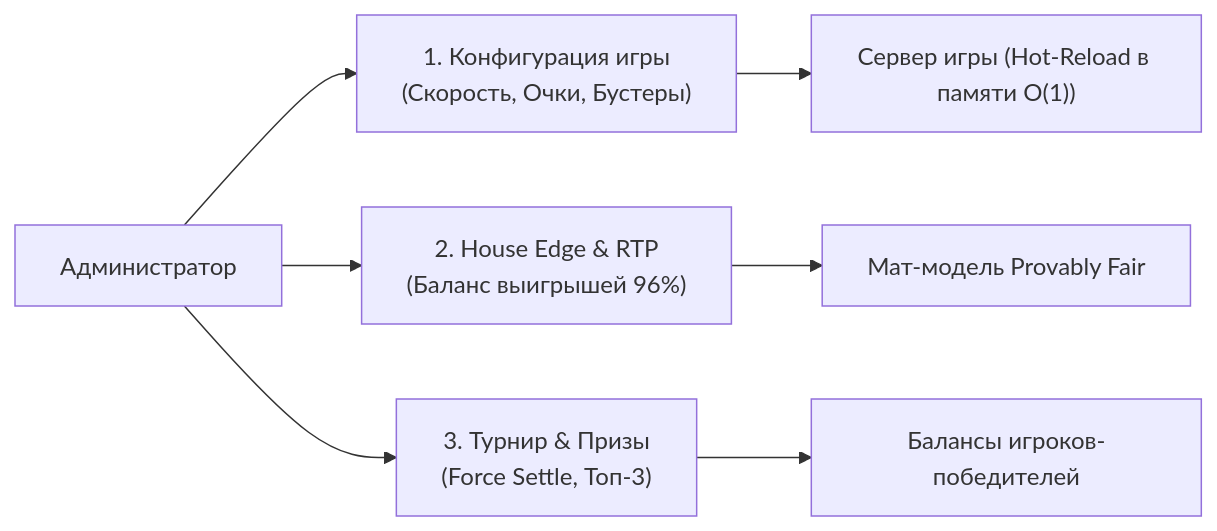
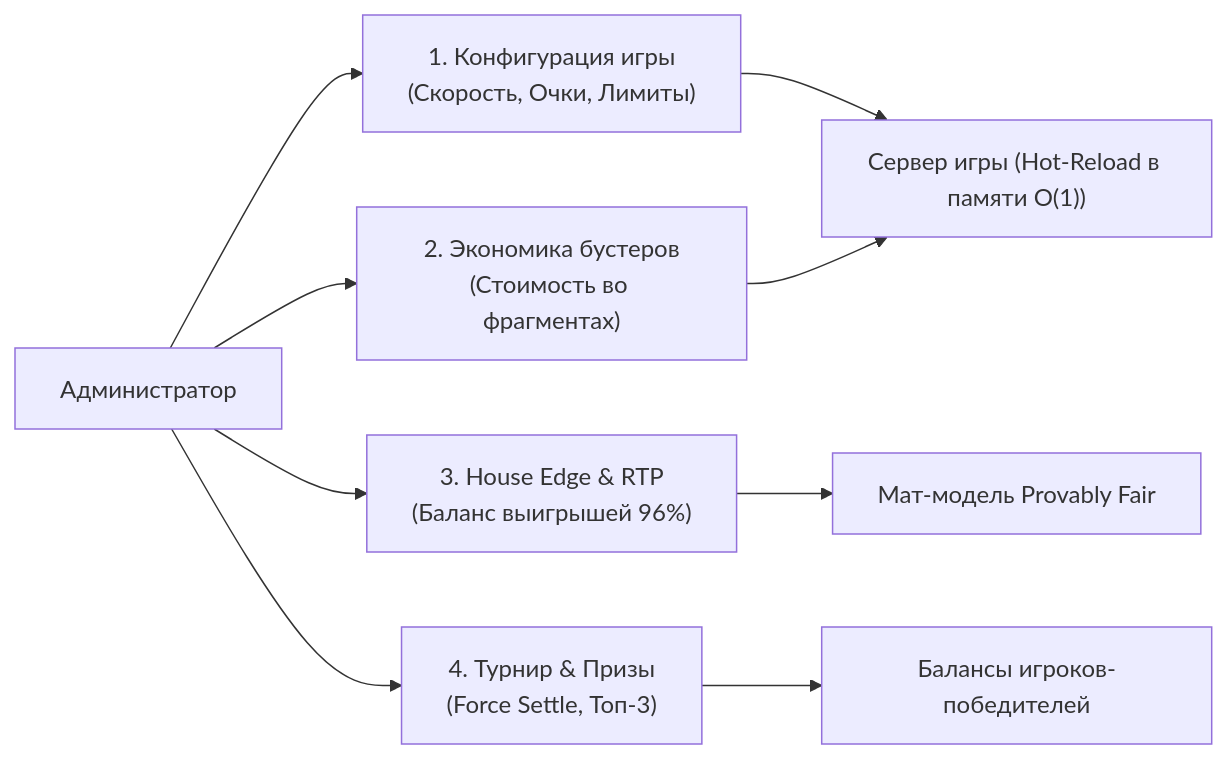
The diagram in docs/ADMIN_GUIDE.md (Kronos070/hack2026_mog), drawn with Mermaid before and after one commit. The commit also changed other lines of this file and 18 other files, not shown here.

````diff
--- a/docs/ADMIN_GUIDE.md
+++ b/docs/ADMIN_GUIDE.md
@@ -33,10 +34,12 @@
 ```mermaid
 graph LR
-    Admin["Администратор"] --> Block1["1. Конфигурация игры<br/>(Скорость, Очки, Бустеры)"]
-    Admin --> Block2["2. House Edge & RTP<br/>(Баланс выигрышей 96%)"]
-    Admin --> Block3["3. Турнир & Призы<br/>(Force Settle, Топ-3)"]
+    Admin["Администратор"] --> Block1["1. Конфигурация игры<br/>(Скорость, Очки, Лимиты)"]
+    Admin --> BlockBooster["2. Экономика бустеров<br/>(Стоимость во фрагментах)"]
+    Admin --> Block2["3. House Edge & RTP<br/>(Баланс выигрышей 96%)"]
+    Admin --> Block3["4. Турнир & Призы<br/>(Force Settle, Топ-3)"]
     
     Block1 --> Server["Сервер игры (Hot-Reload в памяти O(1))"]
+    BlockBooster --> Server
     Block2 --> Math["Мат-модель Provably Fair"]
     Block3 --> Players["Балансы игроков-победителей"]
 ```
````
